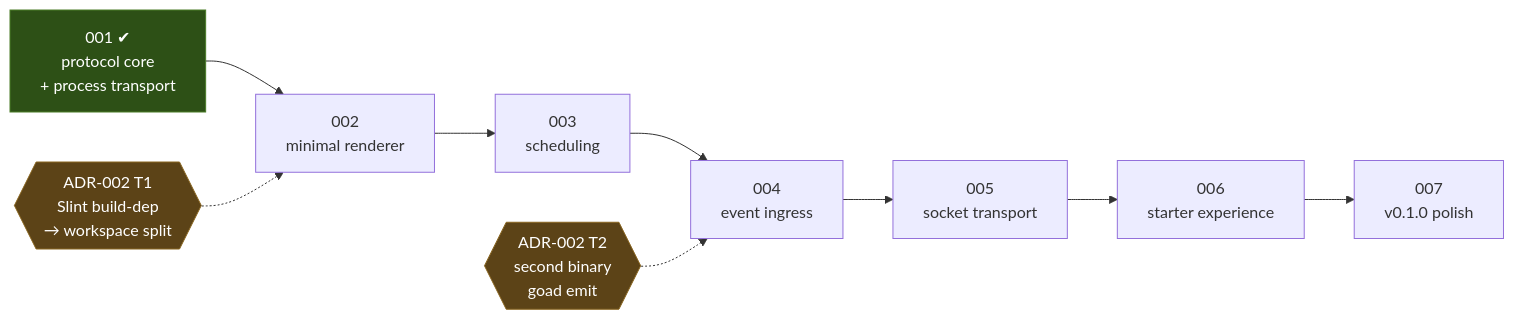
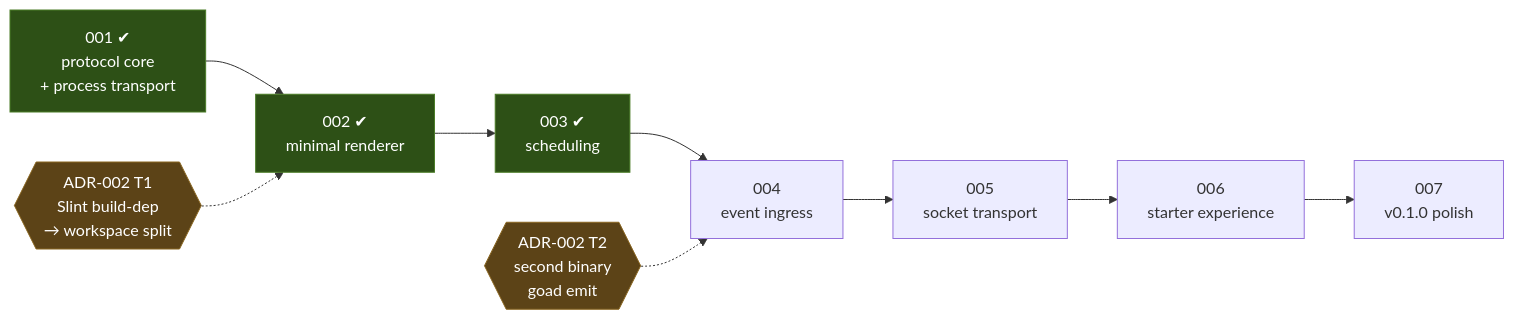
The diagram in docs/roadmap.md (davidlee/goad), drawn with Mermaid before and after one commit. The commit also changed other lines of this file and 18 other files, not shown here.

First line of the commit message:
close 003: SPEC-002 promoted, CD-1..CD-3 applied, ADR-004, roadmap and memory lifted — stage done

````diff
--- a/docs/roadmap.md
+++ b/docs/roadmap.md
@@ -25,22 +33,22 @@
 ```mermaid
 graph LR
   S1["001 ✔<br/>protocol core<br/>+ process transport"]
-  S2["002<br/>minimal renderer"]
-  S3["003<br/>scheduling"]
+  S2["002 ✔<br/>minimal renderer"]
+  S3["003 ✔<br/>scheduling"]
   S4["004<br/>event ingress"]
   S5["005<br/>socket transport"]
   S6["006<br/>starter experience"]
   S7["007<br/>v0.1.0 polish"]
 
   T1{{"ADR-002 T1<br/>Slint build-dep<br/>→ workspace split"}}
   T2{{"ADR-002 T2<br/>second binary<br/>goad emit"}}
 
   S1 --> S2 --> S3 --> S4 --> S5 --> S6 --> S7
   T1 -.-> S2
   T2 -.-> S4
 
   classDef done fill:#2d5016,stroke:#4a7c26,color:#fff
   classDef trigger fill:#5c4317,stroke:#8a6620,color:#fff
-  class S1 done
+  class S1,S2,S3 done
   class T1,T2 trigger
 ```
````
